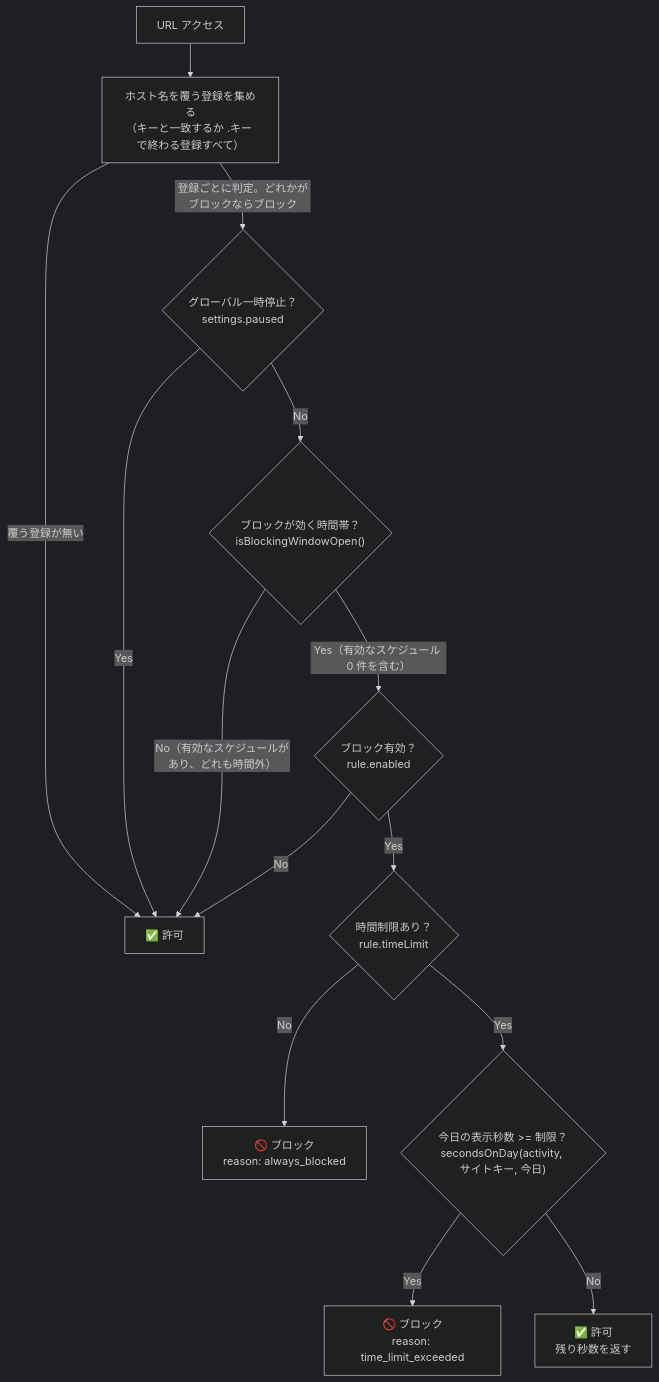
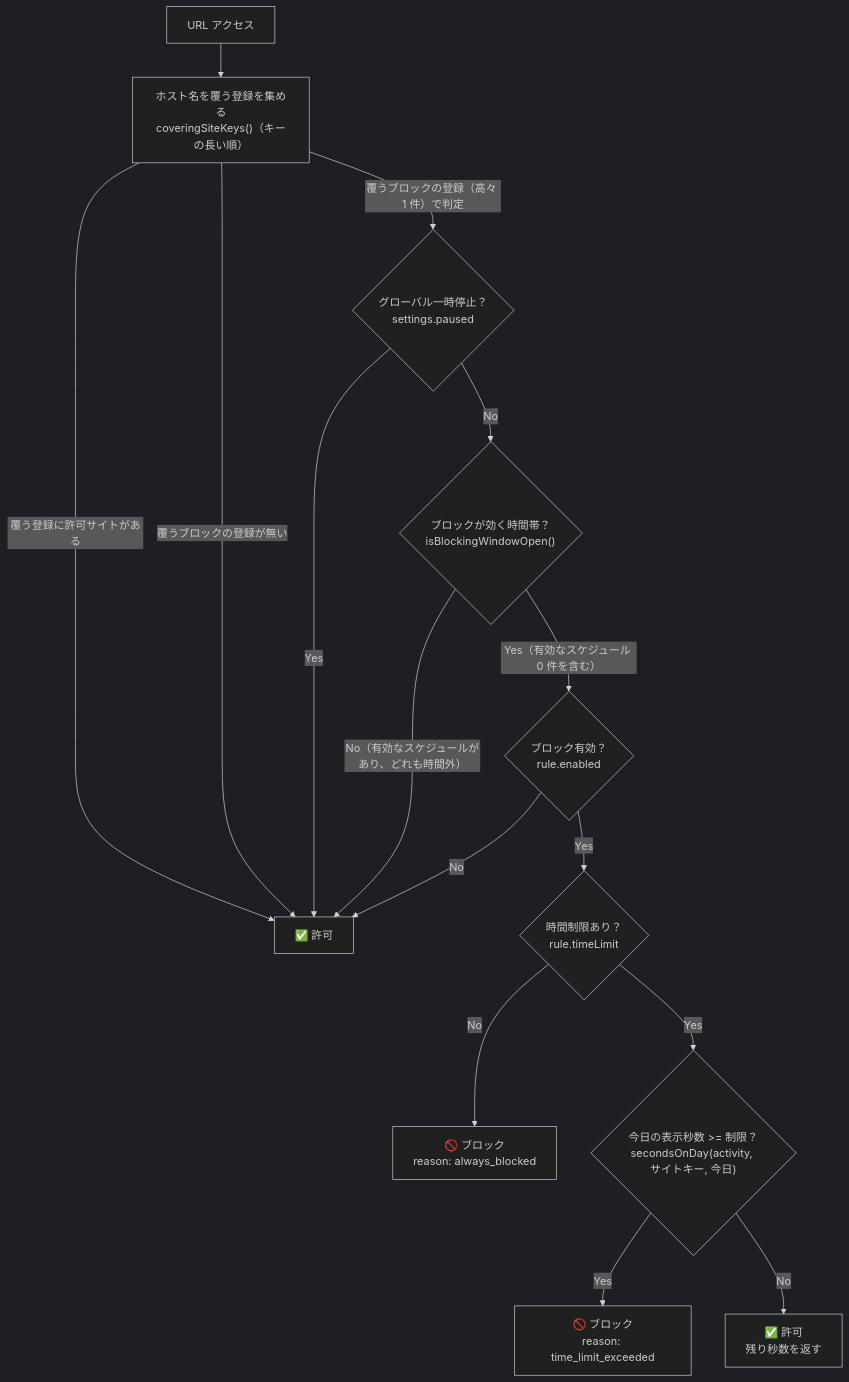
One commit to machina-gg/vision-focus changed the first of 4 diagrams in docs/BLOCK_STATE_MACHINE.md. Above: the diagram before and after it, drawn with Mermaid (dark theme). The commit also changed other lines of this file and 72 other files, not shown here.

````diff
--- a/docs/BLOCK_STATE_MACHINE.md
+++ b/docs/BLOCK_STATE_MACHINE.md
@@ -11,22 +11,23 @@
 ```mermaid
 flowchart TD
-    Start["URL アクセス"] --> Host["ホスト名を覆う登録を集める<br/>（キーと一致するか .キー で終わる登録すべて）"]
+    Start["URL アクセス"] --> Host["ホスト名を覆う登録を集める<br/>coveringSiteKeys()（キーの長い順）"]
 
-    Host -->|覆う登録が無い| Unblocked["✅ 許可"]
-    Host -->|登録ごとに判定。どれかがブロックならブロック| A{"グローバル一時停止？<br/>settings.paused"}
+    Host -->|覆う登録に許可サイトがある| Unblocked["✅ 許可"]
+    Host -->|覆うブロックの登録が無い| Unblocked
+    Host -->|覆うブロックの登録（高々 1 件）で判定| A{"グローバル一時停止？<br/>settings.paused"}
 
     A -->|Yes| Unblocked
     A -->|No| D{"ブロックが効く時間帯？<br/>isBlockingWindowOpen()"}
 
     D -->|No（有効なスケジュールがあり、どれも時間外）| Unblocked
     D -->|Yes（有効なスケジュール 0 件を含む）| C{"ブロック有効？<br/>rule.enabled"}
 
     C -->|No| Unblocked
     C -->|Yes| E{"時間制限あり？<br/>rule.timeLimit"}
 
     E -->|No| Blocked["🚫 ブロック<br/>reason: always_blocked"]
     E -->|Yes| K{"今日の表示秒数 >= 制限？<br/>secondsOnDay(activity, サイトキー, 今日)"}
 
     K -->|Yes| TimeLimitExceeded["🚫 ブロック<br/>reason: time_limit_exceeded"]
     K -->|No| Within["✅ 許可<br/>残り秒数を返す"]
 ```
````
